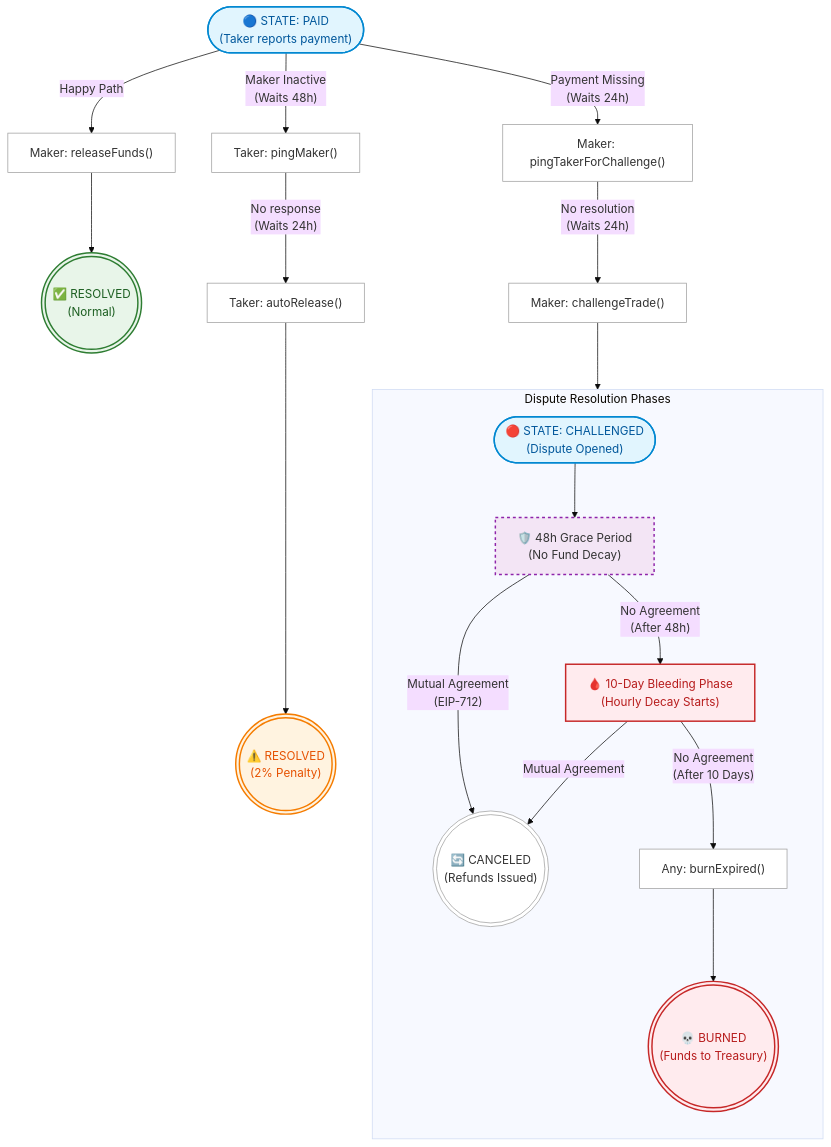
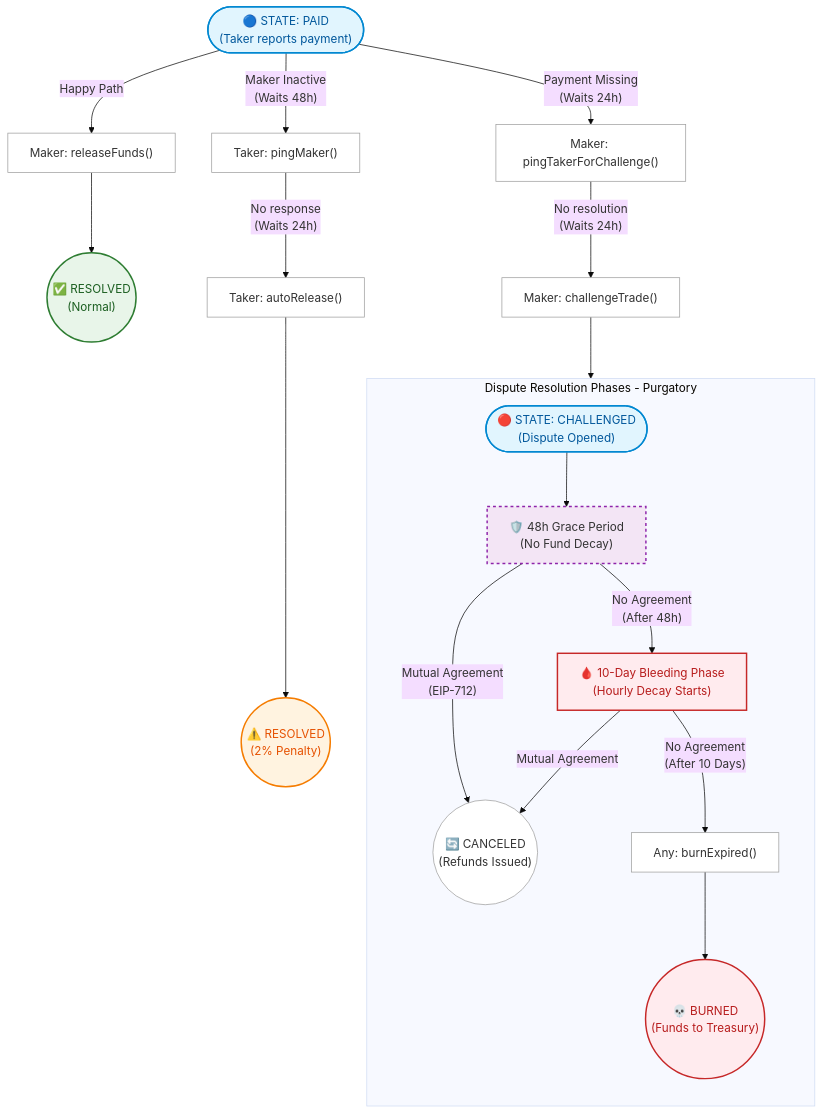
Before and after one commit to ArafProtocol/Araf: the diagram in docs/EN/GAME_THEORY.md, drawn with Mermaid (base theme).

````diff
--- a/docs/EN/GAME_THEORY.md
+++ b/docs/EN/GAME_THEORY.md
@@ -13,61 +13,61 @@
 ```mermaid
 flowchart TD
     %% Styling Classes
     classDef state fill:#e1f5fe,stroke:#0288d1,stroke-width:2px,color:#01579b
     classDef success fill:#e8f5e9,stroke:#2e7d32,stroke-width:2px,color:#1b5e20
     classDef warning fill:#fff3e0,stroke:#f57c00,stroke-width:2px,color:#e65100
     classDef danger fill:#ffebee,stroke:#c62828,stroke-width:2px,color:#b71c1c
     classDef action fill:#ffffff,stroke:#9e9e9e,stroke-width:1px
     classDef phase fill:#f3e5f5,stroke:#8e24aa,stroke-width:2px,stroke-dasharray: 4
 
     %% Define Nodes
-    PAID(["🔵 STATE: PAID\n(Taker reports payment)"])
+    PAID(["🔵 STATE: PAID<br>(Taker reports payment)"])
     ActionRelease["Maker: releaseFunds()"]
-    ResOk((("✅ RESOLVED\n(Normal)")))
+    ResOk(("✅ RESOLVED<br>(Normal)"))
 
     ActionPingMaker["Taker: pingMaker()"]
     ActionAuto["Taker: autoRelease()"]
-    ResPen((("⚠️ RESOLVED\n(2% Penalty)")))
+    ResPen(("⚠️ RESOLVED<br>(2% Penalty)"))
 
     ActionPingTaker["Maker: pingTakerForChallenge()"]
     ActionChallenge["Maker: challengeTrade()"]
-    CHALLENGED(["🔴 STATE: CHALLENGED\n(Dispute Opened)"])
+    CHALLENGED(["🔴 STATE: CHALLENGED<br>(Dispute Opened)"])
 
     %% Define Connections
     PAID -->|"Happy Path"| ActionRelease
     ActionRelease --> ResOk
 
-    PAID -->|"Maker Inactive\n(Waits 48h)"| ActionPingMaker
-    ActionPingMaker -->|"No response\n(Waits 24h)"| ActionAuto
+    PAID -->|"Maker Inactive<br>(Waits 48h)"| ActionPingMaker
+    ActionPingMaker -->|"No response<br>(Waits 24h)"| ActionAuto
     ActionAuto --> ResPen
 
-    PAID -->|"Payment Missing\n(Waits 24h)"| ActionPingTaker
-    ActionPingTaker -->|"No resolution\n(Waits 24h)"| ActionChallenge
+    PAID -->|"Payment Missing<br>(Waits 24h)"| ActionPingTaker
+    ActionPingTaker -->|"No resolution<br>(Waits 24h)"| ActionChallenge
     ActionChallenge --> CHALLENGED
 
     %% Purgatory Subgraph
-    subgraph Purgatory [Dispute Resolution Phases]
+    subgraph Purgatory [Dispute Resolution Phases - Purgatory]
         direction TB
-        GRACE["🛡️ 48h Grace Period\n(No Fund Decay)"]
-        CANCELED((("🔄 CANCELED\n(Refunds Issued)")))
-        BLEEDING["🩸 10-Day Bleeding Phase\n(Hourly Decay Starts)"]
+        GRACE["🛡️ 48h Grace Period<br>(No Fund Decay)"]
+        CANCELED(("🔄 CANCELED<br>(Refunds Issued)"))
+        BLEEDING["🩸 10-Day Bleeding Phase<br>(Hourly Decay Starts)"]
         ActionBurn["Any: burnExpired()"]
-        BURNED((("💀 BURNED\n(Funds to Treasury)")))
+        BURNED(("💀 BURNED<br>(Funds to Treasury)"))
 
         CHALLENGED --> GRACE
-        GRACE -->|"Mutual Agreement\n(EIP-712)"| CANCELED
-        GRACE -->|"No Agreement\n(After 48h)"| BLEEDING
+        GRACE -->|"Mutual Agreement<br>(EIP-712)"| CANCELED
+        GRACE -->|"No Agreement<br>(After 48h)"| BLEEDING
         BLEEDING -->|"Mutual Agreement"| CANCELED
-        BLEEDING -->|"No Agreement\n(After 10 Days)"| ActionBurn
+        BLEEDING -->|"No Agreement<br>(After 10 Days)"| ActionBurn
         ActionBurn --> BURNED
     end
 
     %% Apply Classes Safely
     class PAID,CHALLENGED state;
     class ResOk success;
     class ResPen warning;
     class CANCELED action;
     class ActionRelease,ActionPingMaker,ActionAuto,ActionPingTaker,ActionChallenge,ActionBurn action;
     class GRACE phase;
     class BLEEDING,BURNED danger;
 ```
````
